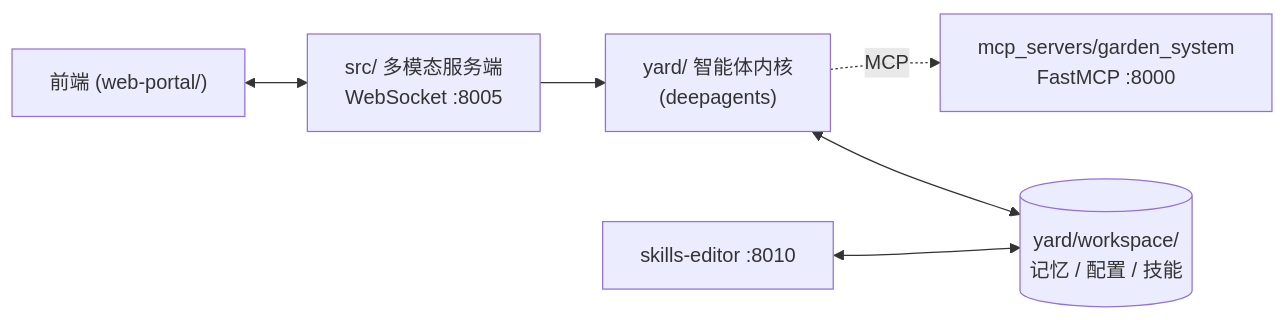
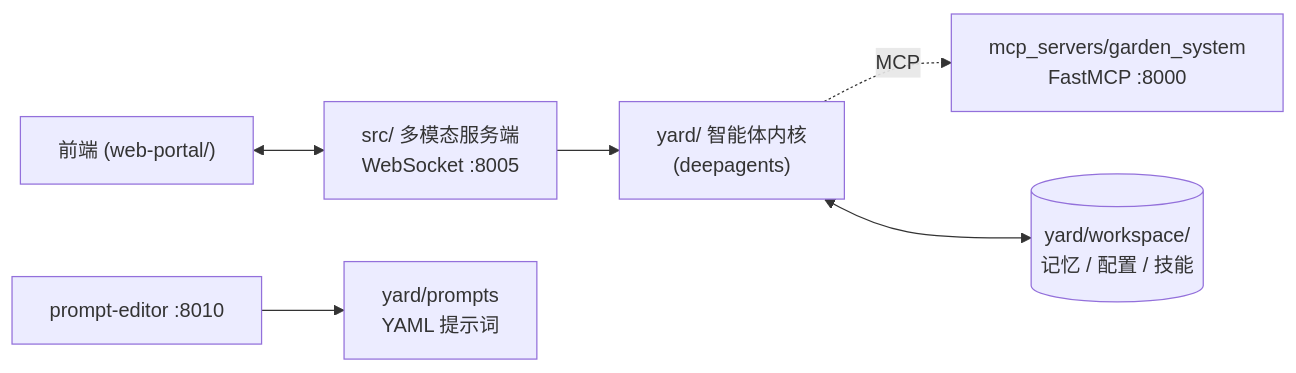
The diagram in README.md (sunxu42/gardenagent), drawn with Mermaid before and after one commit. The commit also changed other lines of this file and 17 other files, not shown here.

````diff
--- a/README.md
+++ b/README.md
@@ -13,8 +13,8 @@
 ```mermaid
 flowchart LR
     Web["前端 (web-portal/)"] <--> Src["src/ 多模态服务端<br/>WebSocket :8005"]
     Src --> Yard["yard/ 智能体内核<br/>(deepagents)"]
     Yard -.MCP.-> MCP["mcp_servers/garden_system<br/>FastMCP :8000"]
     Yard <--> Workspace[("yard/workspace/<br/>记忆 / 配置 / 技能")]
-    MdServer["skills-editor :8010"] <--> Workspace
+    PromptEditor["prompt-editor :8010"] --> PromptsYaml["yard/prompts<br/>YAML 提示词"]
 ```
````
